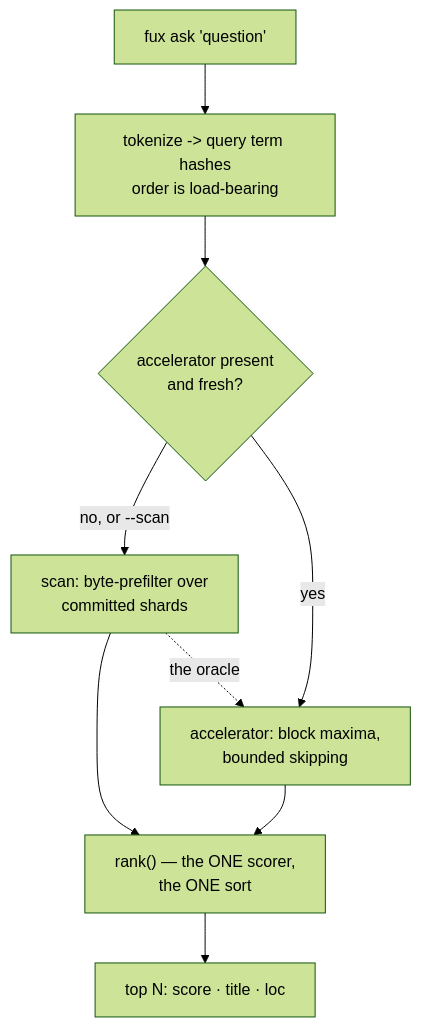
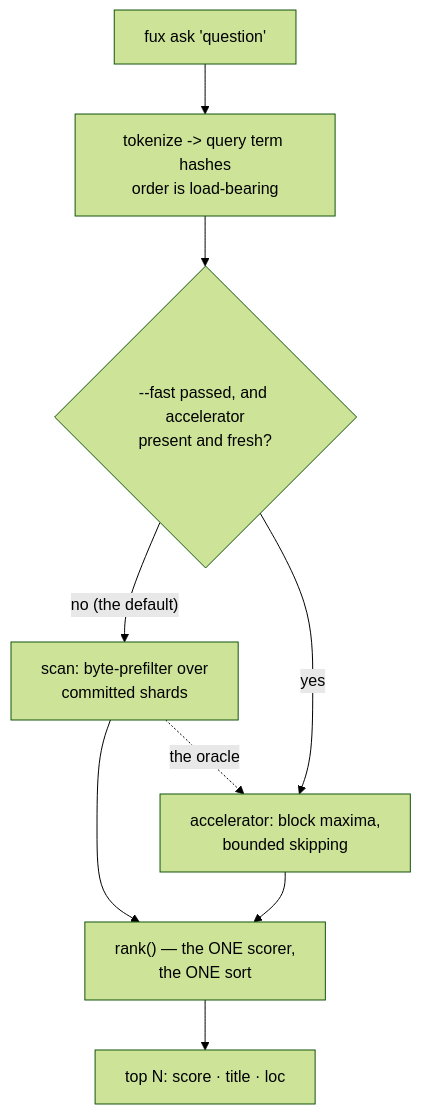
Before and after one commit to arpitarya/fux: the diagram in docs/adr/0004_ask.md, drawn with Mermaid (forest theme). The commit also changed other lines of this file and 153 other files, not shown here.

First line of the commit message:
release: v0.35.0 — the source verbs, the progress plane, and scan-by-default

````diff
--- a/docs/adr/0004_ask.md
+++ b/docs/adr/0004_ask.md
@@ -51,11 +51,11 @@
 ```mermaid
 flowchart TD
     Q["fux ask 'question'"] --> T["tokenize -> query term hashes<br/>order is load-bearing"]
-    T --> C{"accelerator present<br/>and fresh?"}
-    C -->|"no, or --scan"| S["scan: byte-prefilter over<br/>committed shards"]
+    T --> C{"--fast passed, and accelerator<br/>present and fresh?"}
+    C -->|"no (the default)"| S["scan: byte-prefilter over<br/>committed shards"]
     C -->|yes| A["accelerator: block maxima,<br/>bounded skipping"]
     S --> R["rank() — the ONE scorer,<br/>the ONE sort"]
     A --> R
     R --> O["top N: score · title · loc"]
     S -.->|"the oracle"| A
 ```
````
